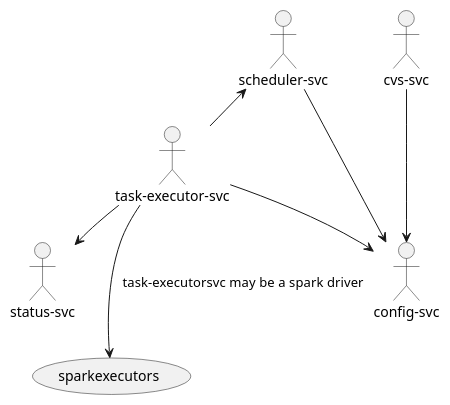
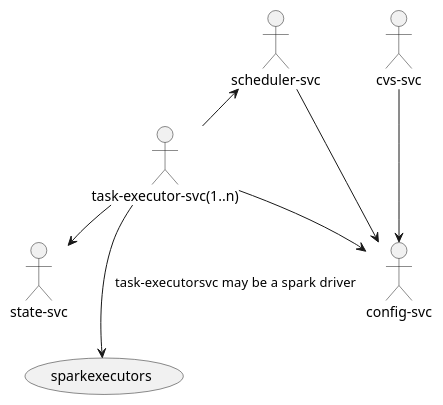
One commit to zaytsevdmitry/lakehouse changed the diagram in doc/system_design/services.puml. Above: the diagram before and after it, drawn with PlantUML. The commit also changed 301 other files, not shown here.

```diff
--- a/doc/system_design/services.puml
+++ b/doc/system_design/services.puml
@@ -1,20 +1,20 @@
 @startuml
 !pragma layout smetana
 ':ui-svc: as uisvc
 :config-svc:  as confsvc
-:status-svc:  as statussvc
-:task-executor-svc:  as taskexecutorsvc
+:state-svc:  as statesvc
+:task-executor-svc(1..n):  as taskexecutorsvc
 :scheduler-svc: as schedulersvc
 :cvs-svc: as cvssvc
 ':cmd-cli: as cmdcli
 cvssvc ---> confsvc
 schedulersvc -> confsvc
 'uisvc --> confsvc
 'uisvc ---> schedulersvc
 'cmdcli --> confsvc
 'cmdcli --> schedulersvc
 schedulersvc <-- taskexecutorsvc
-taskexecutorsvc --> statussvc
+taskexecutorsvc --> statesvc
 taskexecutorsvc --> confsvc
 taskexecutorsvc --->(sparkexecutors):task-executorsvc may be a spark  driver
 @enduml
```
